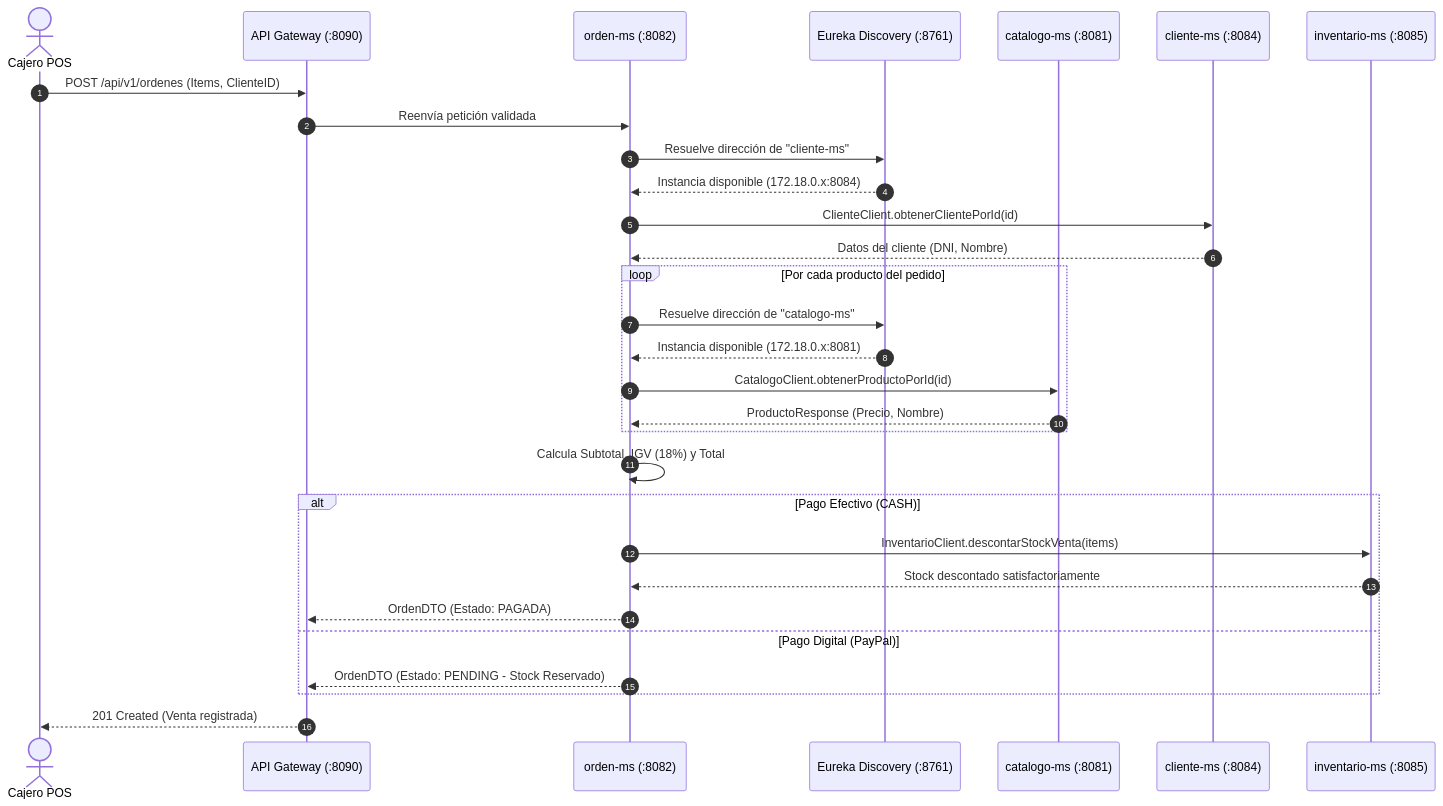
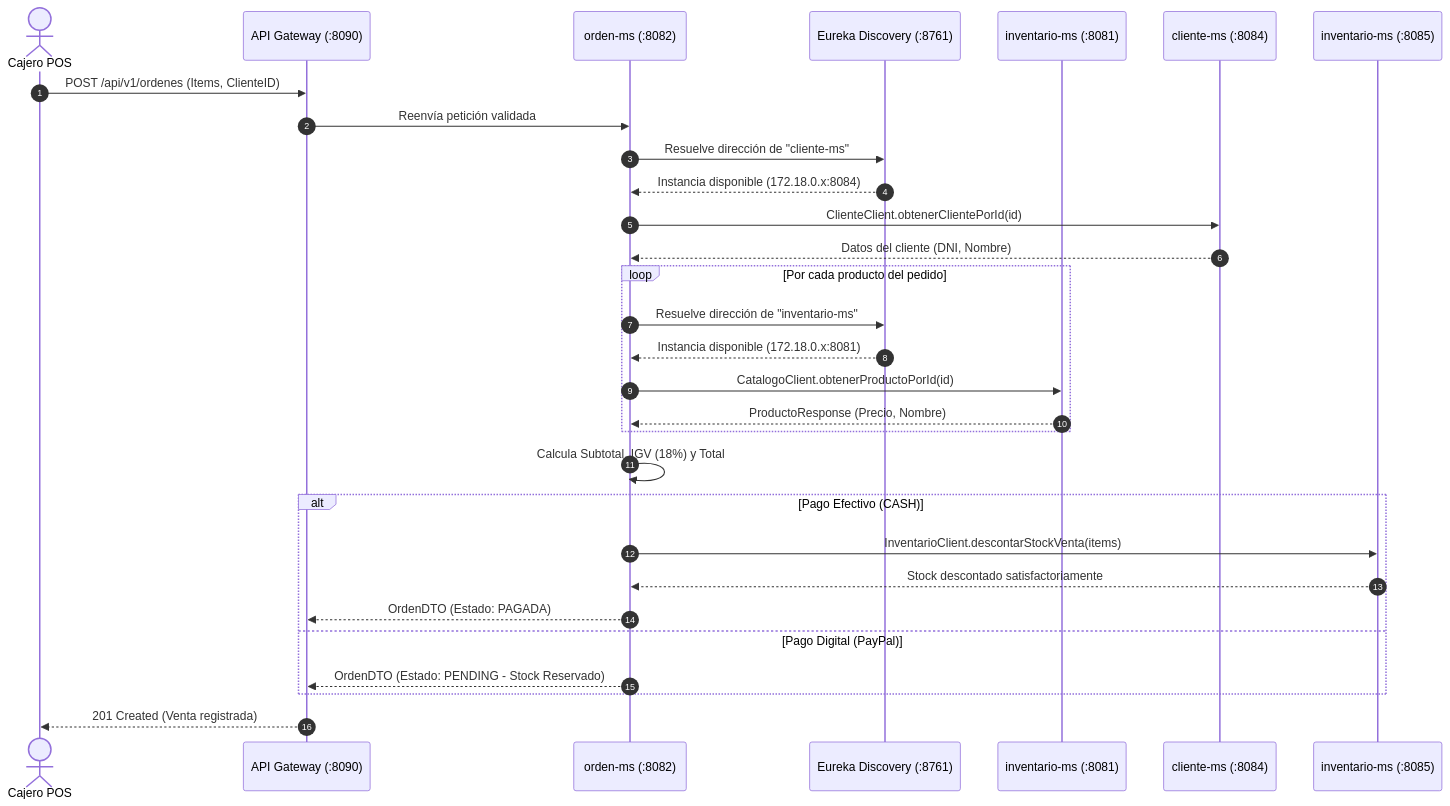
The second of 4 diagrams in docs/sesiones/S06_Comunicacion_Sincrona_Resiliente.md (rbn-69-cod/MediZano_microservicios), drawn with Mermaid before and after one commit. The commit also changed other lines of this file and 68 other files, not shown here.

````diff
--- a/docs/sesiones/S06_Comunicacion_Sincrona_Resiliente.md
+++ b/docs/sesiones/S06_Comunicacion_Sincrona_Resiliente.md
@@ -137,37 +137,37 @@
 ```mermaid
 sequenceDiagram
     autonumber
     actor Cajero as Cajero POS
     participant GW as API Gateway (:8090)
     participant ORD as orden-ms (:8082)
     participant EUR as Eureka Discovery (:8761)
-    participant CAT as catalogo-ms (:8081)
+    participant CAT as inventario-ms (:8081)
     participant CLI as cliente-ms (:8084)
     participant INV as inventario-ms (:8085)
 
     Cajero->>GW: POST /api/v1/ordenes (Items, ClienteID)
     GW->>ORD: Reenvía petición validada
     ORD->>EUR: Resuelve dirección de "cliente-ms"
     EUR-->>ORD: Instancia disponible (172.18.0.x:8084)
     ORD->>CLI: ClienteClient.obtenerClientePorId(id)
     CLI-->>ORD: Datos del cliente (DNI, Nombre)
     
     loop Por cada producto del pedido
-        ORD->>EUR: Resuelve dirección de "catalogo-ms"
+        ORD->>EUR: Resuelve dirección de "inventario-ms"
         EUR-->>ORD: Instancia disponible (172.18.0.x:8081)
         ORD->>CAT: CatalogoClient.obtenerProductoPorId(id)
         CAT-->>ORD: ProductoResponse (Precio, Nombre)
     end
 
     ORD->>ORD: Calcula Subtotal, IGV (18%) y Total
     
     alt Pago Efectivo (CASH)
         ORD->>INV: InventarioClient.descontarStockVenta(items)
         INV-->>ORD: Stock descontado satisfactoriamente
         ORD-->>GW: OrdenDTO (Estado: PAGADA)
     else Pago Digital (PayPal)
         ORD-->>GW: OrdenDTO (Estado: PENDING - Stock Reservado)
     end
     
     GW-->>Cajero: 201 Created (Venta registrada)
 ```
````
